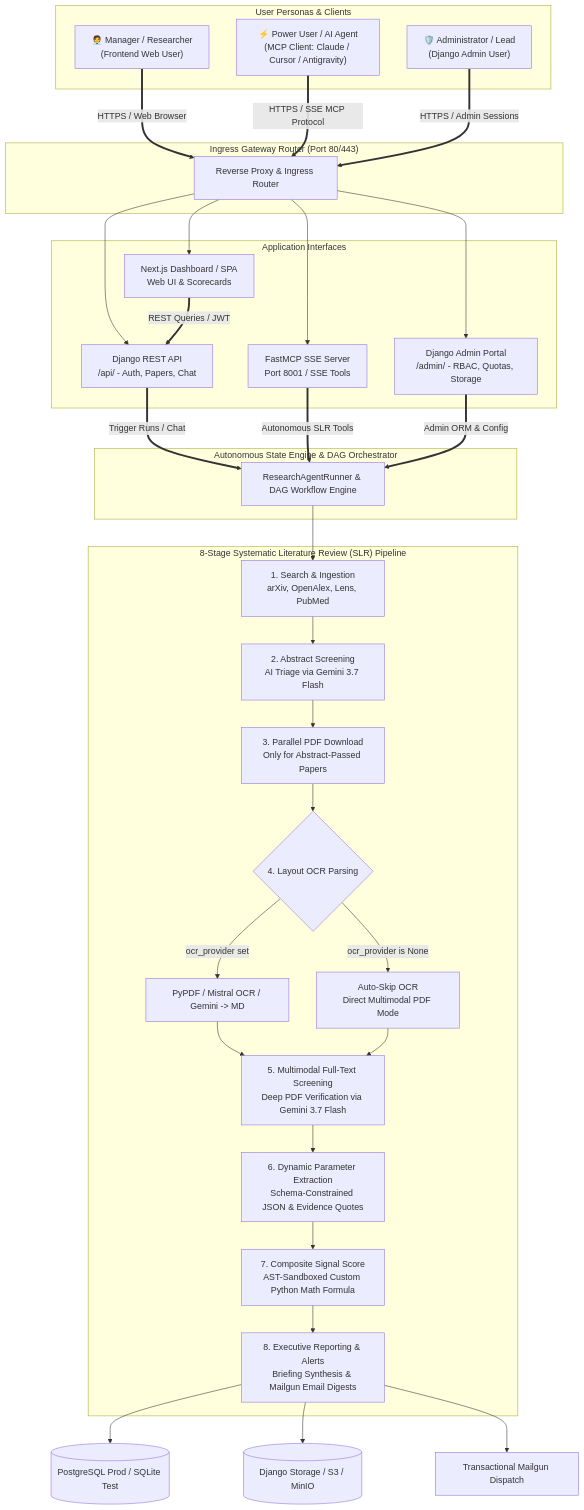
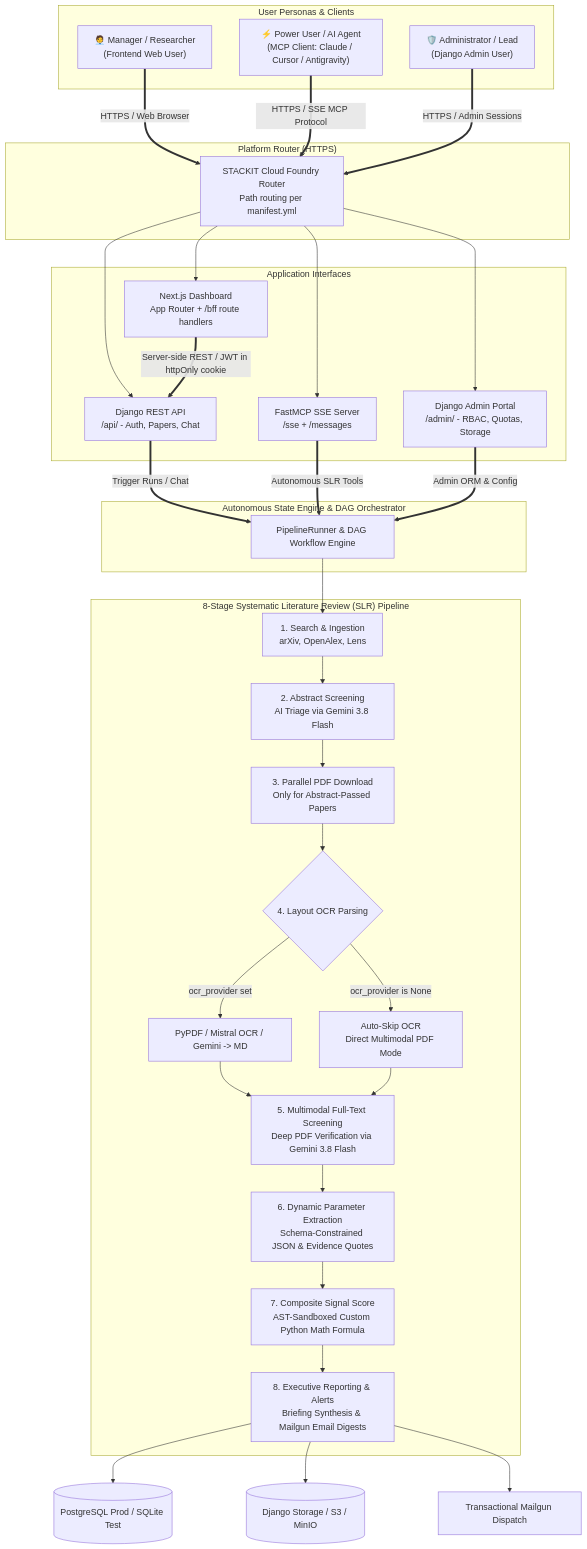
One commit to p4ku/research-intelligence changed the first of 2 diagrams in README.md. Above: the diagram before and after it, drawn with Mermaid. The commit also changed other lines of this file, not shown here.

````diff
--- a/README.md
+++ b/README.md
@@ -17,56 +17,56 @@
 ```mermaid
 graph TB
     subgraph Personas ["User Personas & Clients"]
         manager["🧑‍💼 Manager / Researcher<br>(Frontend Web User)"]
         power["⚡ Power User / AI Agent<br>(MCP Client: Claude / Cursor / Antigravity)"]
         admin["🛡️ Administrator / Lead<br>(Django Admin User)"]
     end
 
-    subgraph Ingress ["Ingress Gateway Router (Port 80/443)"]
-        nginx[Reverse Proxy & Ingress Router]
+    subgraph Ingress ["Platform Router (HTTPS)"]
+        router[STACKIT Cloud Foundry Router<br>Path routing per manifest.yml]
     end
 
     subgraph Interfaces ["Application Interfaces"]
-        frontend[Next.js Dashboard / SPA<br>Web UI & Scorecards]
+        frontend[Next.js Dashboard<br>App Router + /bff route handlers]
         api[Django REST API<br>/api/ - Auth, Papers, Chat]
         django_admin[Django Admin Portal<br>/admin/ - RBAC, Quotas, Storage]
-        mcp[FastMCP SSE Server<br>Port 8001 / SSE Tools]
+        mcp[FastMCP SSE Server<br>/sse + /messages]
     end
 
     subgraph StateEngine ["Autonomous State Engine & DAG Orchestrator"]
-        engine[ResearchAgentRunner & DAG Workflow Engine]
+        engine[PipelineRunner & DAG Workflow Engine]
     end
 
     subgraph PipelineExecution ["8-Stage Systematic Literature Review (SLR) Pipeline"]
-        engine --> Step1[1. Search & Ingestion<br>arXiv, OpenAlex, Lens, PubMed]
-        Step1 --> Step2[2. Abstract Screening<br>AI Triage via Gemini 3.7 Flash]
+        engine --> Step1[1. Search & Ingestion<br>arXiv, OpenAlex, Lens]
+        Step1 --> Step2[2. Abstract Screening<br>AI Triage via Gemini 3.8 Flash]
         Step2 --> Step3[3. Parallel PDF Download<br>Only for Abstract-Passed Papers]
         Step3 --> Step4{4. Layout OCR Parsing}
         Step4 -->|ocr_provider set| OCRConv[PyPDF / Mistral OCR / Gemini -> MD]
         Step4 -->|ocr_provider is None| SkipOCR[Auto-Skip OCR<br>Direct Multimodal PDF Mode]
         OCRConv --> Step5
         SkipOCR --> Step5
-        Step5[5. Multimodal Full-Text Screening<br>Deep PDF Verification via Gemini 3.7 Flash]
+        Step5[5. Multimodal Full-Text Screening<br>Deep PDF Verification via Gemini 3.8 Flash]
         Step5 --> Step6[6. Dynamic Parameter Extraction<br>Schema-Constrained JSON & Evidence Quotes]
         Step6 --> Step7[7. Composite Signal Score<br>AST-Sandboxed Custom Python Math Formula]
         Step7 --> Step8[8. Executive Reporting & Alerts<br>Briefing Synthesis & Mailgun Email Digests]
     end
 
-    manager ==>|HTTPS / Web Browser| nginx
-    power ==>|HTTPS / SSE MCP Protocol| nginx
-    admin ==>|HTTPS / Admin Sessions| nginx
+    manager ==>|HTTPS / Web Browser| router
+    power ==>|HTTPS / SSE MCP Protocol| router
+    admin ==>|HTTPS / Admin Sessions| router
 
-    nginx --> frontend
-    nginx --> api
-    nginx --> django_admin
-    nginx --> mcp
+    router --> frontend
+    router --> api
+    router --> django_admin
+    router --> mcp
 
-    frontend ==>|REST Queries / JWT| api
+    frontend ==>|Server-side REST / JWT in httpOnly cookie| api
     api ==>|Trigger Runs / Chat| engine
     mcp ==>|Autonomous SLR Tools| engine
     django_admin ==>|Admin ORM & Config| engine
 
     Step8 --> DB[(PostgreSQL Prod / SQLite Test)]
     Step8 --> Storage[(Django Storage / S3 / MinIO)]
     Step8 --> EmailNotifier[Transactional Mailgun Dispatch]
 ```
````
